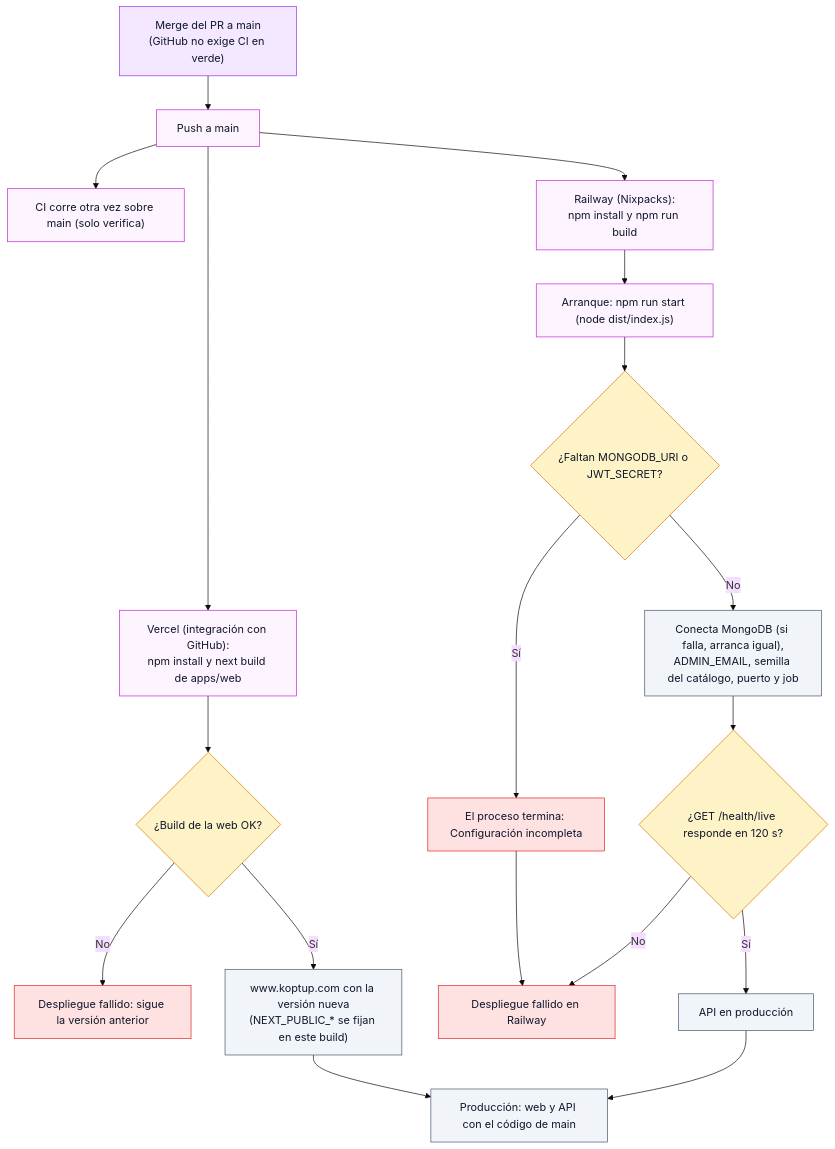
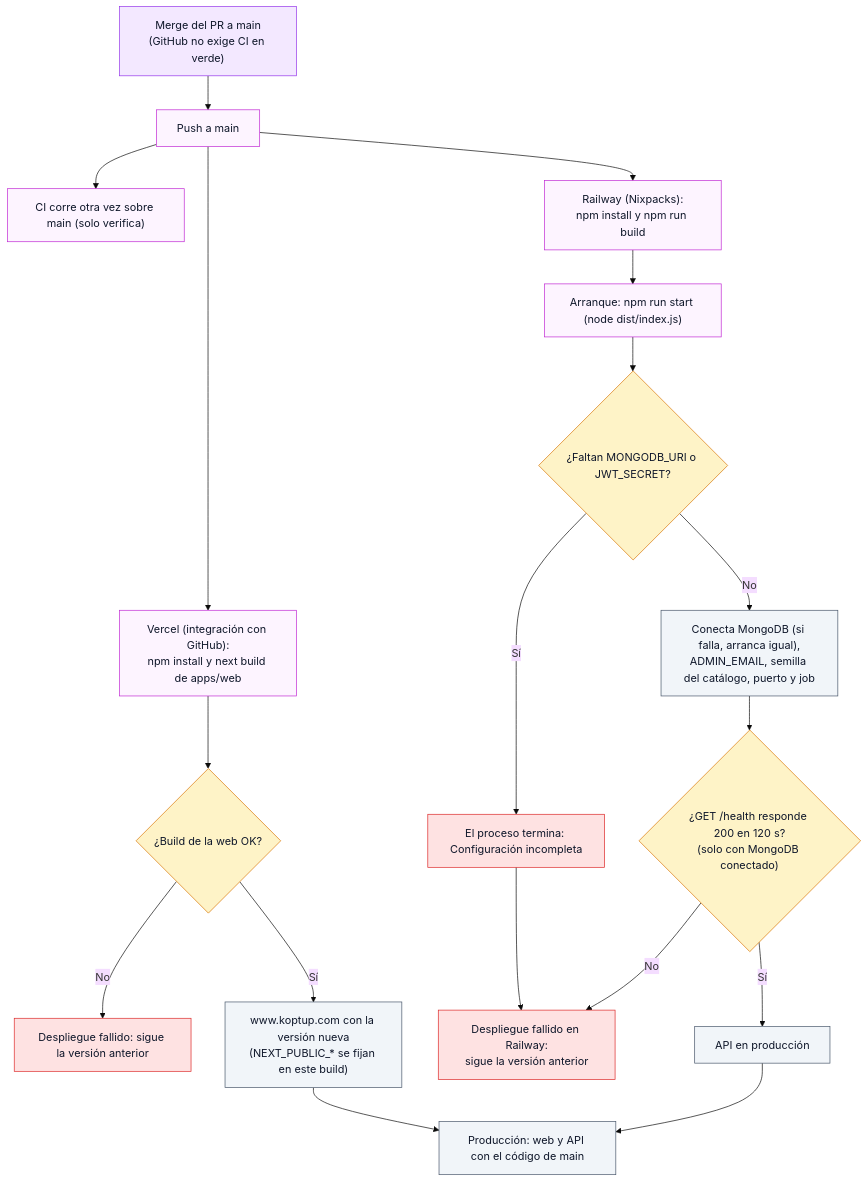
One commit to ronalc90/koptup changed diagram 16 of 23 in docs/wiki/Doc-14-2-Flujos-de-Administracion-y-Operacion.md. Above: the diagram before and after it, drawn with Mermaid (base theme). The commit also changed other lines of this file and 245 other files, not shown here.

````diff
--- a/docs/wiki/Doc-14-2-Flujos-de-Administracion-y-Operacion.md
+++ b/docs/wiki/Doc-14-2-Flujos-de-Administracion-y-Operacion.md
@@ -850,38 +857,38 @@
 ```mermaid
 flowchart TD
     classDef visitante fill:#dbeafe,stroke:#2563eb,color:#0f172a
     classDef sistema fill:#f1f5f9,stroke:#475569,color:#0f172a
     classDef admin fill:#f3e8ff,stroke:#9333ea,color:#0f172a
     classDef aviso fill:#dcfce7,stroke:#16a34a,color:#0f172a
     classDef decision fill:#fef3c7,stroke:#d97706,color:#0f172a
     classDef error fill:#fee2e2,stroke:#dc2626,color:#0f172a
     classDef externo fill:#fdf4ff,stroke:#c026d3,color:#0f172a
 
     M1["Merge del PR a main<br/>(GitHub no exige CI en verde)"]:::admin
     M2["Push a main"]:::externo
     C1["CI corre otra vez sobre main (solo verifica)"]:::externo
     V1["Vercel (integración con GitHub):<br/>npm install y next build de apps/web"]:::externo
     D1{"¿Build de la web OK?"}:::decision
     E1["Despliegue fallido: sigue la versión anterior"]:::error
     V2["www.koptup.com con la versión nueva<br/>(NEXT_PUBLIC_* se fijan en este build)"]:::sistema
     R1["Railway (Nixpacks):<br/>npm install y npm run build"]:::externo
     R2["Arranque: npm run start (node dist/index.js)"]:::externo
     D2{"¿Faltan MONGODB_URI o JWT_SECRET?"}:::decision
     E2["El proceso termina: Configuración incompleta"]:::error
     R3["Conecta MongoDB (si falla, arranca igual),<br/>ADMIN_EMAIL, semilla del catálogo, puerto y job"]:::sistema
-    D3{"¿GET /health/live responde en 120 s?"}:::decision
-    E3["Despliegue fallido en Railway"]:::error
+    D3{"¿GET /health responde 200 en 120 s?<br/>(solo con MongoDB conectado)"}:::decision
+    E3["Despliegue fallido en Railway:<br/>sigue la versión anterior"]:::error
     R4["API en producción"]:::sistema
     F1["Producción: web y API con el código de main"]:::sistema
 
     M1 --> M2
     M2 --> C1
     M2 --> V1 --> D1
     D1 -->|"No"| E1
     D1 -->|"Sí"| V2 --> F1
     M2 --> R1 --> R2 --> D2
     D2 -->|"Sí"| E2 --> E3
     D2 -->|"No"| R3 --> D3
     D3 -->|"No"| E3
     D3 -->|"Sí"| R4 --> F1
 ```
````
